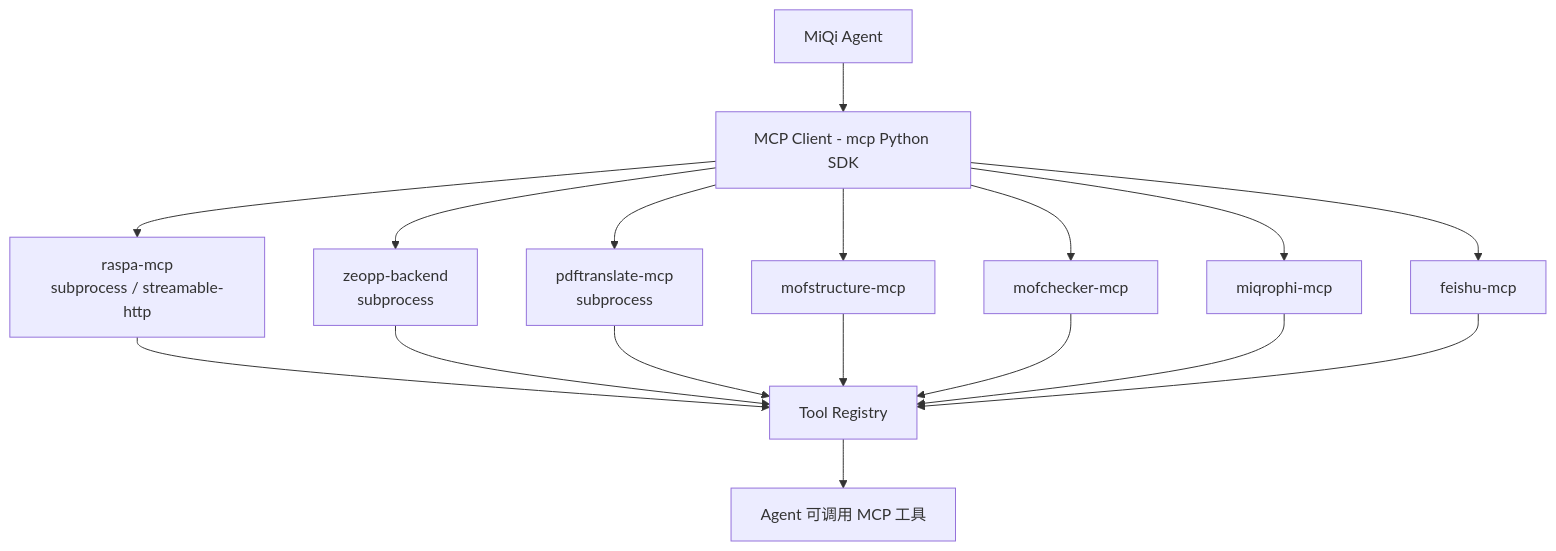
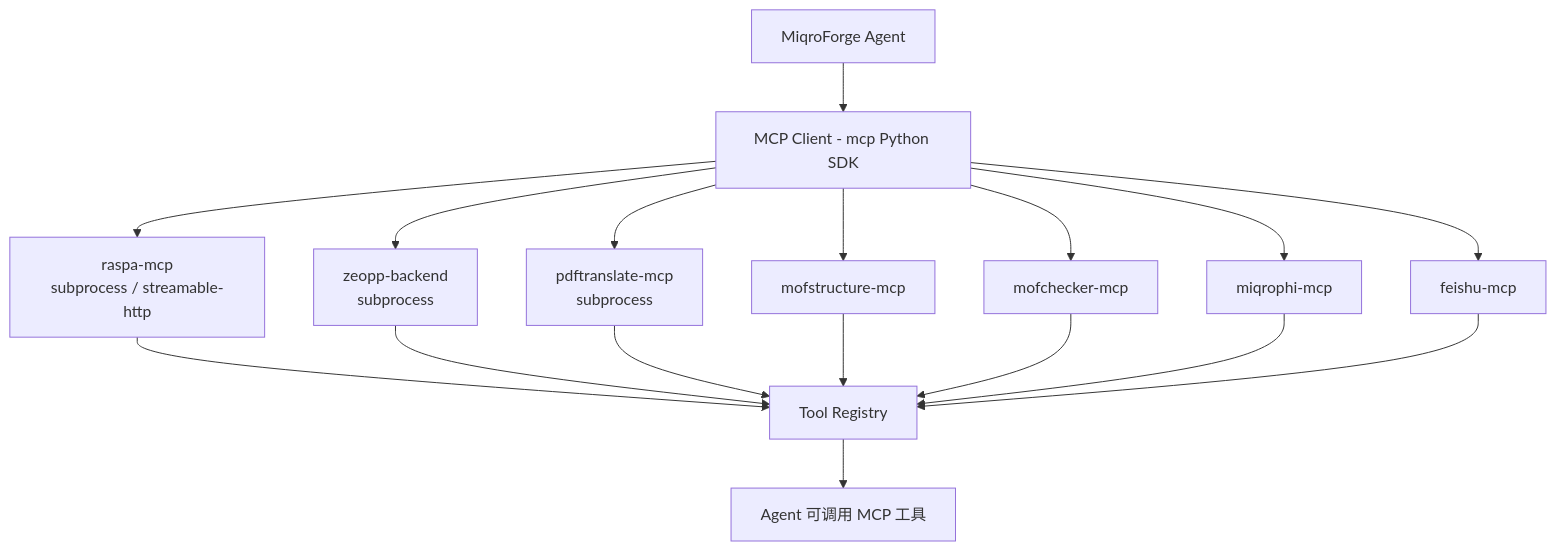
Before and after one commit to 14790897/MiQi: the diagram in docs/mcp-integration.md, drawn with Mermaid. The commit also changed other lines of this file and 240 other files, not shown here.

First line of the commit message:
feat(desktop): 产品更名 MiqroForge Desktop — 界面/打包/文档全量更新（#780）

````diff
--- a/docs/mcp-integration.md
+++ b/docs/mcp-integration.md
@@ -19,24 +19,24 @@
 ```mermaid
 graph TB
-    AGENT[MiQi Agent]
+    AGENT[MiqroForge Agent]
 
     AGENT --> CLIENT[MCP Client - mcp Python SDK]
 
     CLIENT --> RM[raspa-mcp<br/>subprocess / streamable-http]
     CLIENT --> ZO[zeopp-backend<br/>subprocess]
     CLIENT --> PT[pdftranslate-mcp<br/>subprocess]
     CLIENT --> MS[mofstructure-mcp]
     CLIENT --> MC[mofchecker-mcp]
     CLIENT --> MQ[miqrophi-mcp]
     CLIENT --> FS[feishu-mcp]
 
     RM --> REGISTRY[Tool Registry]
     ZO --> REGISTRY
     PT --> REGISTRY
     MS --> REGISTRY
     MC --> REGISTRY
     MQ --> REGISTRY
     FS --> REGISTRY
 
     REGISTRY --> CALLABLE[Agent 可调用 MCP 工具]
 ```
````
